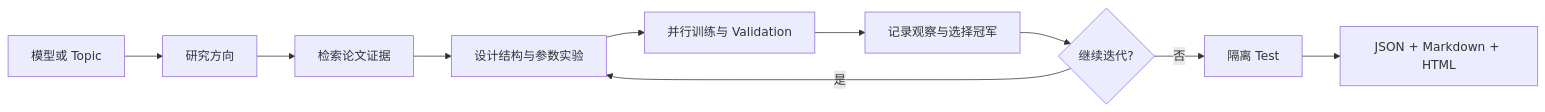
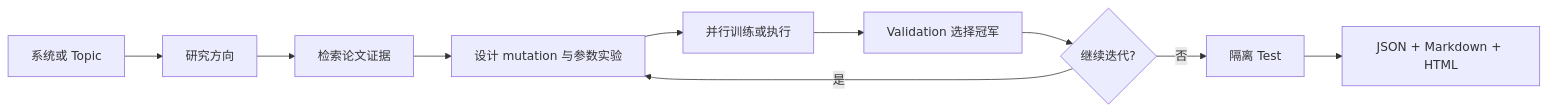
The diagram in docs/index.md (daiwk/auto-research), drawn with Mermaid before and after one commit. The commit also changed other lines of this file and 10 other files, not shown here.

````diff
--- a/docs/index.md
+++ b/docs/index.md
@@ -91,12 +79,12 @@
 ```mermaid
 flowchart LR
-  A[模型或 Topic] --> B[研究方向]
+  A[系统或 Topic] --> B[研究方向]
   B --> C[检索论文证据]
-  C --> D[设计结构与参数实验]
-  D --> E[并行训练与 Validation]
-  E --> F[记录观察与选择冠军]
+  C --> D[设计 mutation 与参数实验]
+  D --> E[并行训练或执行]
+  E --> F[Validation 选择冠军]
   F --> G{继续迭代?}
   G -- 是 --> D
   G -- 否 --> H[隔离 Test]
   H --> I[JSON + Markdown + HTML]
 ```
````
